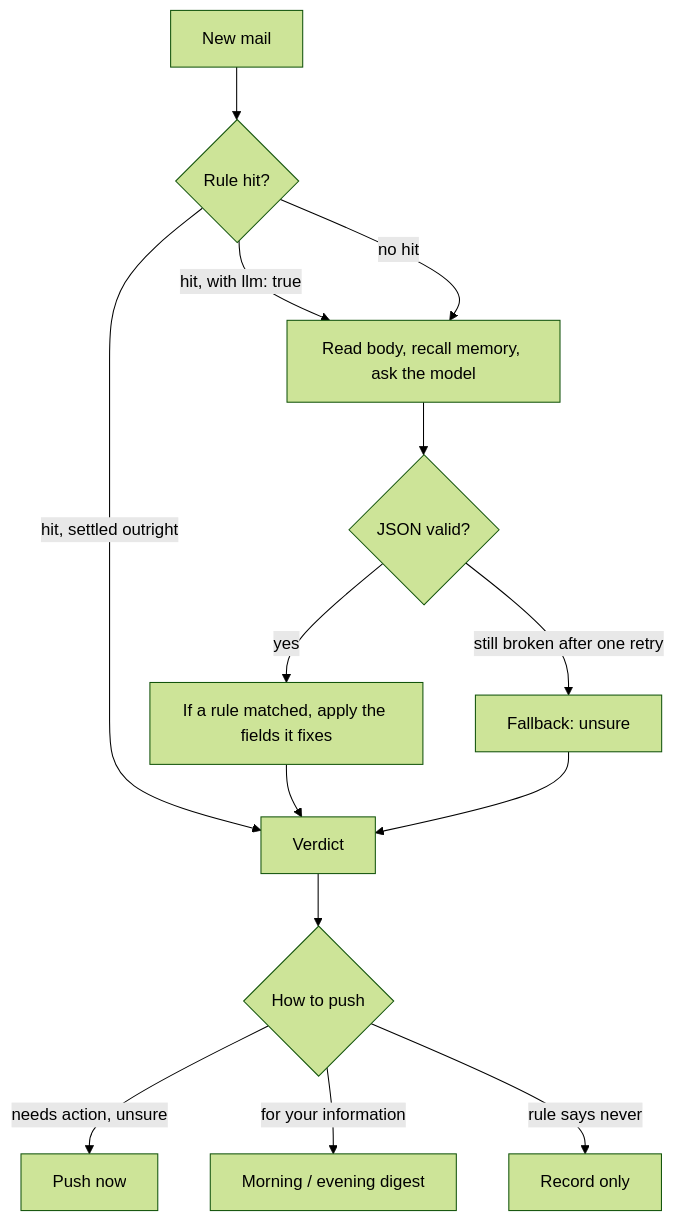
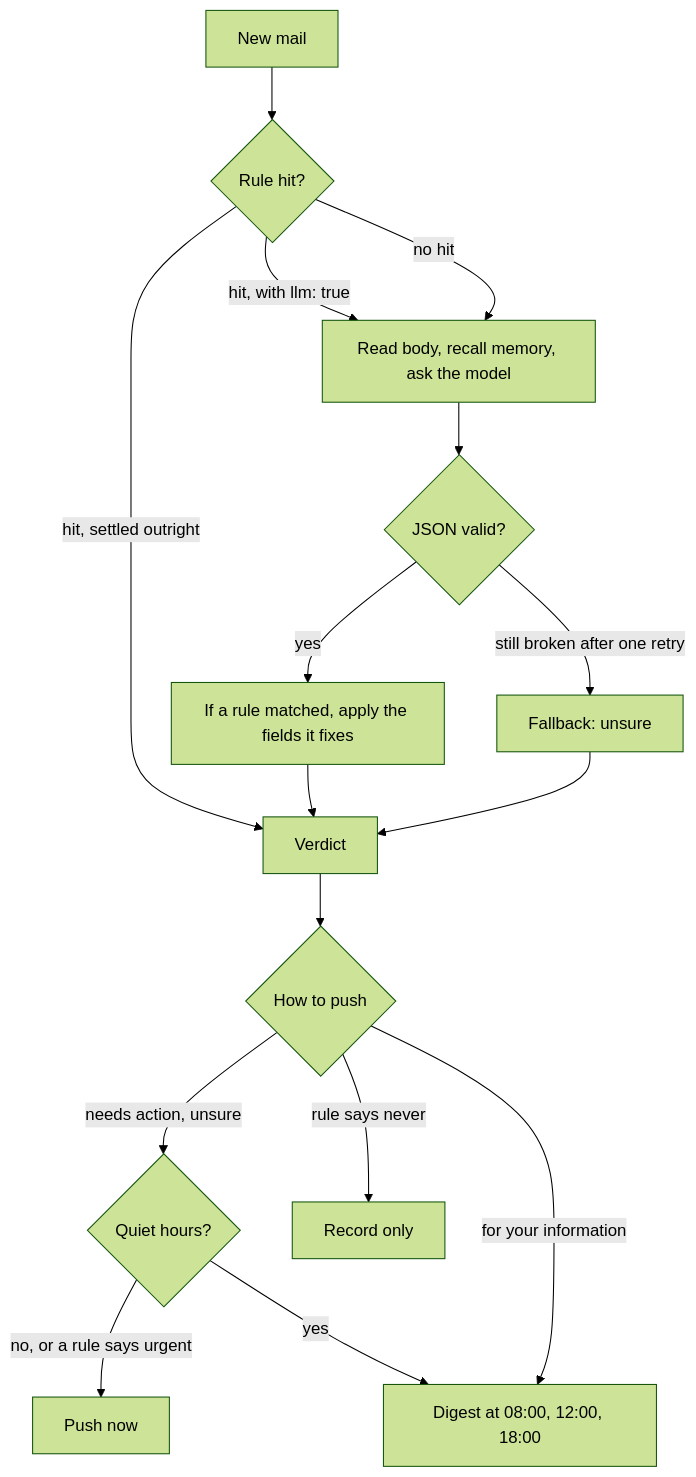
The third of 3 diagrams in monitor/docs/architecture_EN.md (yuhang2551/thunderbird-mail-agent), drawn with Mermaid (forest theme) before and after one commit. The commit also changed other lines of this file and 26 other files, not shown here.

````diff
--- a/monitor/docs/architecture_EN.md
+++ b/monitor/docs/architecture_EN.md
@@ -83,16 +83,18 @@
 ```mermaid
 flowchart TD
     N["New mail"] --> R{"Rule hit?"}
     R -->|"hit, settled outright"| D["Verdict"]
     R -->|"hit, with llm: true"| M["Read body, recall memory, ask the model"]
     R -->|"no hit"| M
     M --> V{"JSON valid?"}
     V -->|"yes"| O["If a rule matched, apply the fields it fixes"]
     O --> D
     V -->|"still broken after one retry"| F["Fallback: unsure"]
     F --> D
     D --> P{"How to push"}
-    P -->|"needs action, unsure"| I["Push now"]
-    P -->|"for your information"| G["Morning / evening digest"]
+    P -->|"needs action, unsure"| Q{"Quiet hours?"}
+    Q -->|"no, or a rule says urgent"| I["Push now"]
+    Q -->|"yes"| G
+    P -->|"for your information"| G["Digest at 08:00, 12:00, 18:00"]
     P -->|"rule says never"| X["Record only"]
 ```
````
